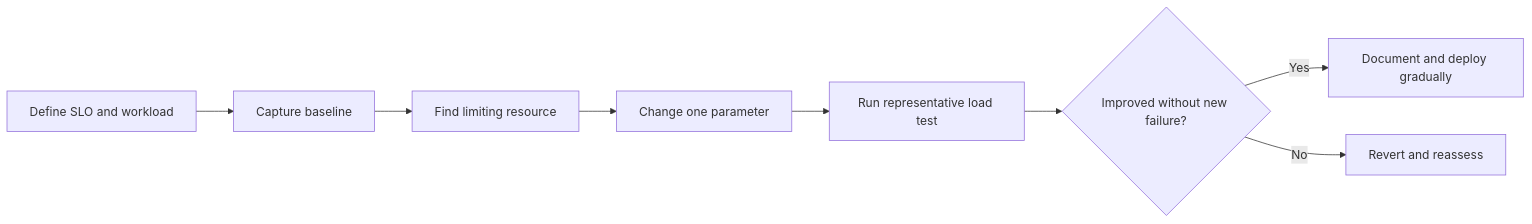
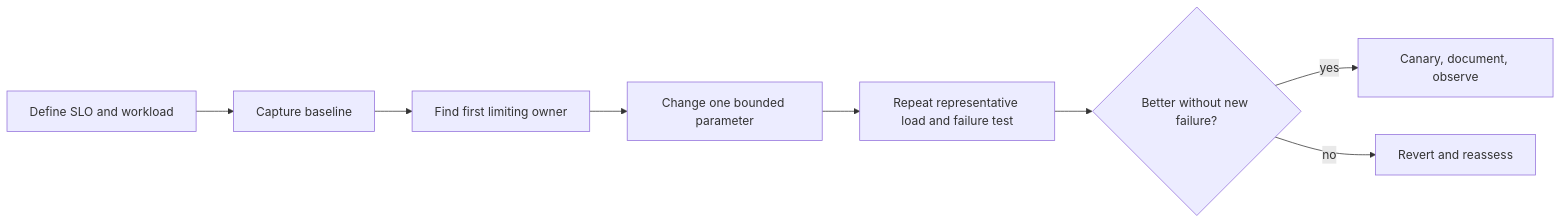
The diagram in documentation/docs/development/spring-boot-internals/PRODUCTION-TUNING.md (taukhir/shopverse), drawn with Mermaid before and after one commit. The commit also changed other lines of this file and 4530 other files, not shown here.

Commit message:
Refactor shopverse storefront and refresh UI flows

````diff
--- a/documentation/docs/development/spring-boot-internals/PRODUCTION-TUNING.md
+++ b/documentation/docs/development/spring-boot-internals/PRODUCTION-TUNING.md
@@ -34,10 +44,10 @@
 ```mermaid
 flowchart LR
-    SLO["Define SLO and workload"] --> BASE["Capture baseline"]
-    BASE --> BOTTLENECK["Find limiting resource"]
-    BOTTLENECK --> CHANGE["Change one parameter"]
-    CHANGE --> LOAD["Run representative load test"]
-    LOAD --> COMPARE{"Improved without new failure?"}
-    COMPARE -->|Yes| DOCUMENT["Document and deploy gradually"]
-    COMPARE -->|No| REVERT["Revert and reassess"]
+    SLO["Define SLO and workload"] --> Baseline["Capture baseline"]
+    Baseline --> Owner["Find first limiting owner"]
+    Owner --> Change["Change one bounded parameter"]
+    Change --> Test["Repeat representative load and failure test"]
+    Test --> Decision{"Better without new failure?"}
+    Decision -->|yes| Canary["Canary, document, observe"]
+    Decision -->|no| Revert["Revert and reassess"]
 ```
````
